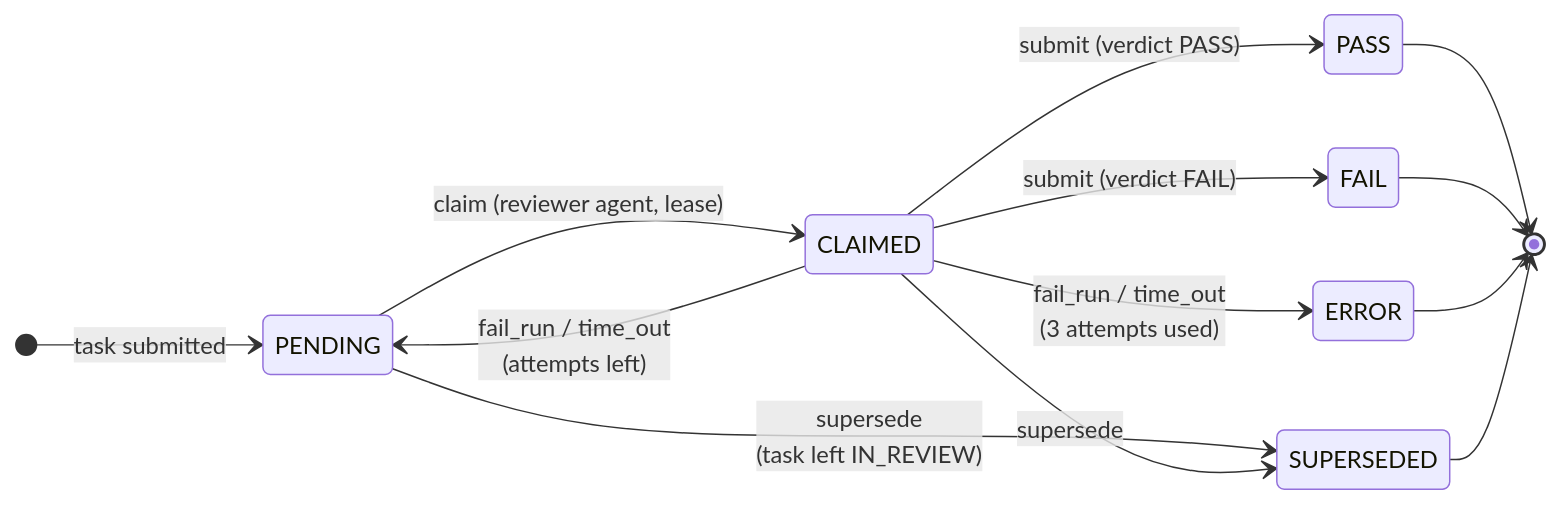
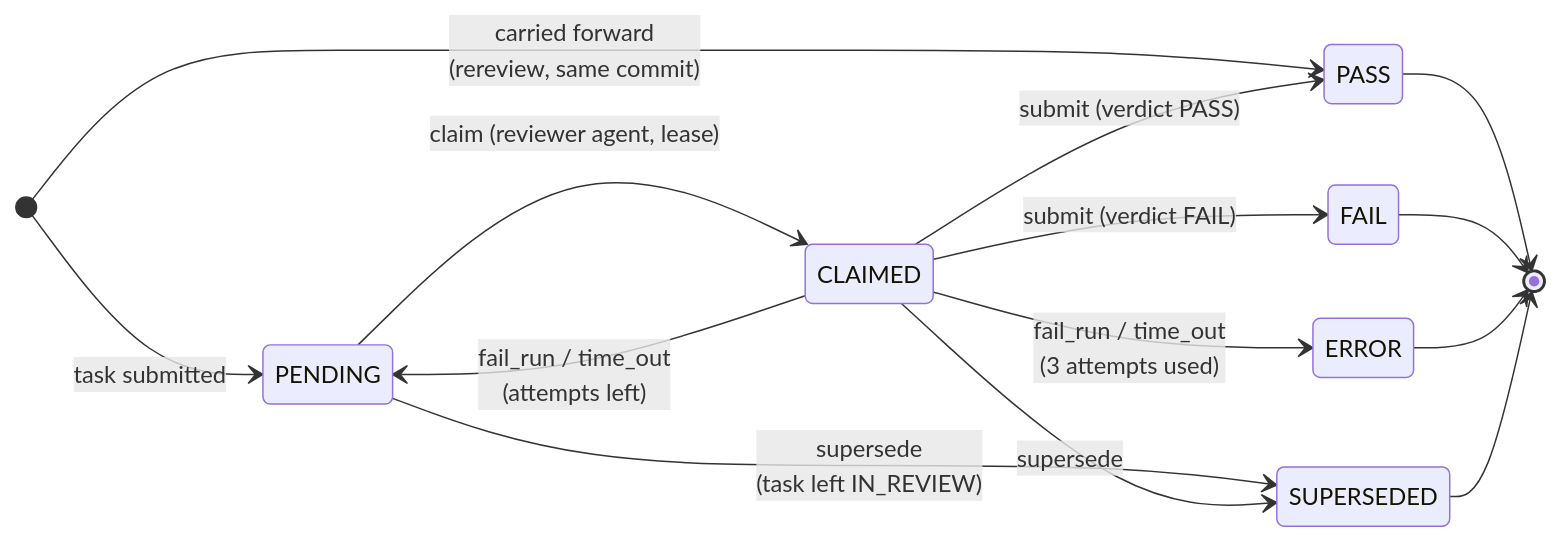
One commit to bharathcmbox/axiom changed the fourth of 5 diagrams in docs/state-machines.md. Above: the diagram before and after it, drawn with Mermaid. The commit also changed 7 other files, not shown here.

First line of the commit message:
Tune review budgets from the SOC-005 rereview; keep passes on the same commit

````diff
--- a/docs/state-machines.md
+++ b/docs/state-machines.md
@@ -122,16 +122,17 @@
 ```mermaid
 stateDiagram-v2
     direction LR
     [*] --> PENDING: task submitted
+    [*] --> PASS: carried forward<br/>(rereview, same commit)
     PENDING --> CLAIMED: claim (reviewer agent, lease)
     CLAIMED --> PASS: submit (verdict PASS)
     CLAIMED --> FAIL: submit (verdict FAIL)
     CLAIMED --> PENDING: fail_run / time_out<br/>(attempts left)
     CLAIMED --> ERROR: fail_run / time_out<br/>(3 attempts used)
     PENDING --> SUPERSEDED: supersede<br/>(task left IN_REVIEW)
     CLAIMED --> SUPERSEDED: supersede
     PASS --> [*]
     FAIL --> [*]
     ERROR --> [*]
     SUPERSEDED --> [*]
 ```
````
